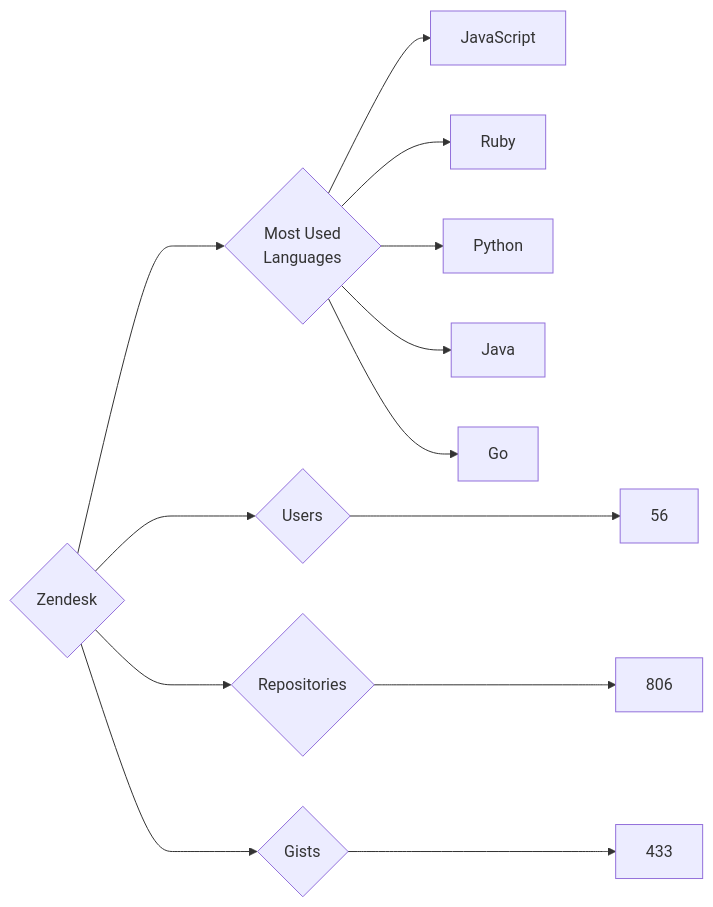
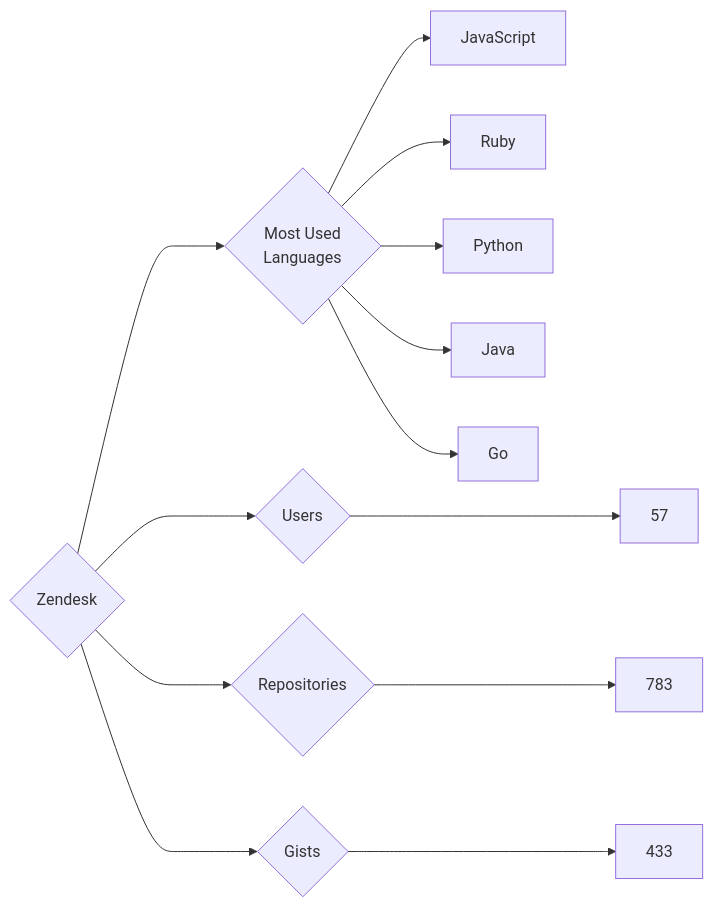
Before and after one commit to trickest/insiders: the diagram in targets/Zendesk/README.md, drawn with Mermaid. The commit also changed 1389 other files, not shown here.

````diff
--- a/targets/Zendesk/README.md
+++ b/targets/Zendesk/README.md
@@ -3,13 +3,13 @@
 ```mermaid
 graph LR
 COMPANY_NAME{Zendesk}
-COMPANY_NAME ---> U{Users} ---> UN[56]
-COMPANY_NAME ---> R{Repositories} ---> RN[806]
+COMPANY_NAME ---> U{Users} ---> UN[57]
+COMPANY_NAME ---> R{Repositories} ---> RN[783]
 COMPANY_NAME ---> G{Gists} ---> GN[433]
 COMPANY_NAME ---> ML{Most Used<br>Languages}
 ML --> JavaScript[JavaScript]
 ML --> Ruby[Ruby]
 ML --> Python[Python]
 ML --> Java[Java]
 ML --> Go[Go]
 ```
````
